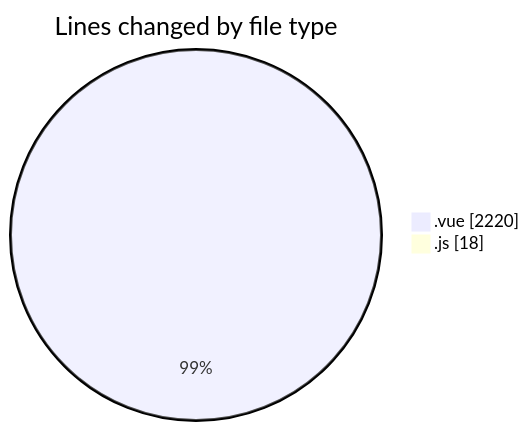
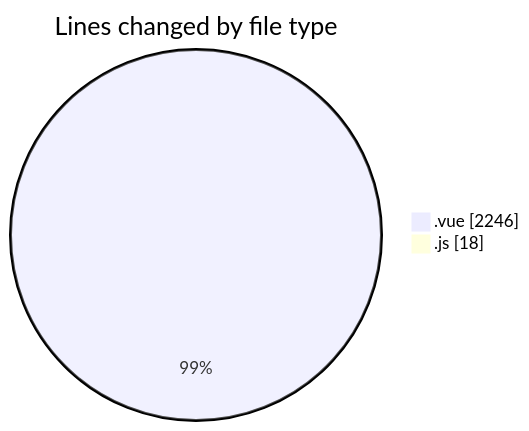
One commit to lephambinh05/code-tracking changed the first of 2 diagrams in 2025-08-13/rentotp/README.md. Above: the diagram before and after it, drawn with Mermaid. The commit also changed other lines of this file and 1 other file, not shown here.

````diff
--- a/2025-08-13/rentotp/README.md
+++ b/2025-08-13/rentotp/README.md
@@ -28,6 +28,6 @@
 ```mermaid
 pie showData
 title Lines changed by file type
-".vue" : 2220
+".vue" : 2246
 ".js" : 18
 ```
````
